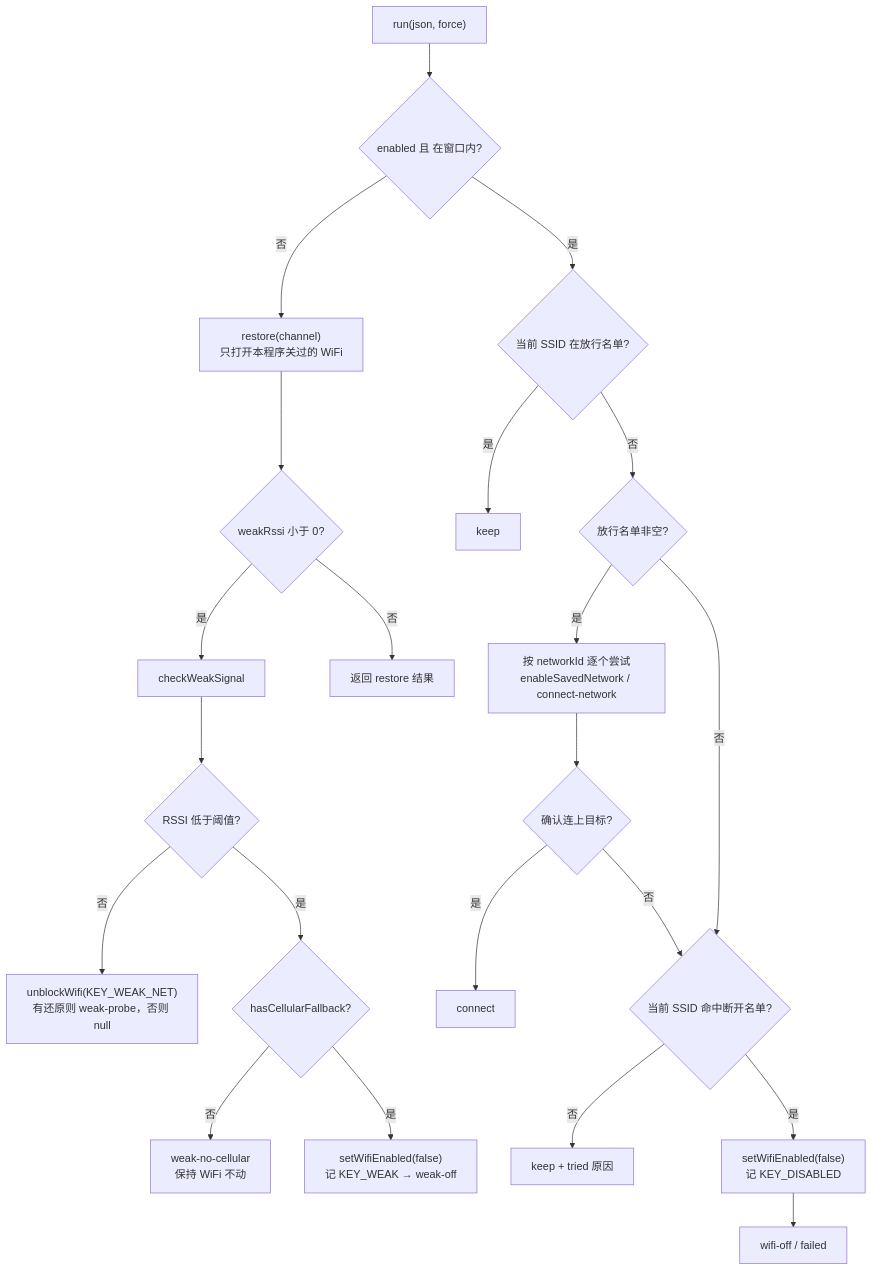
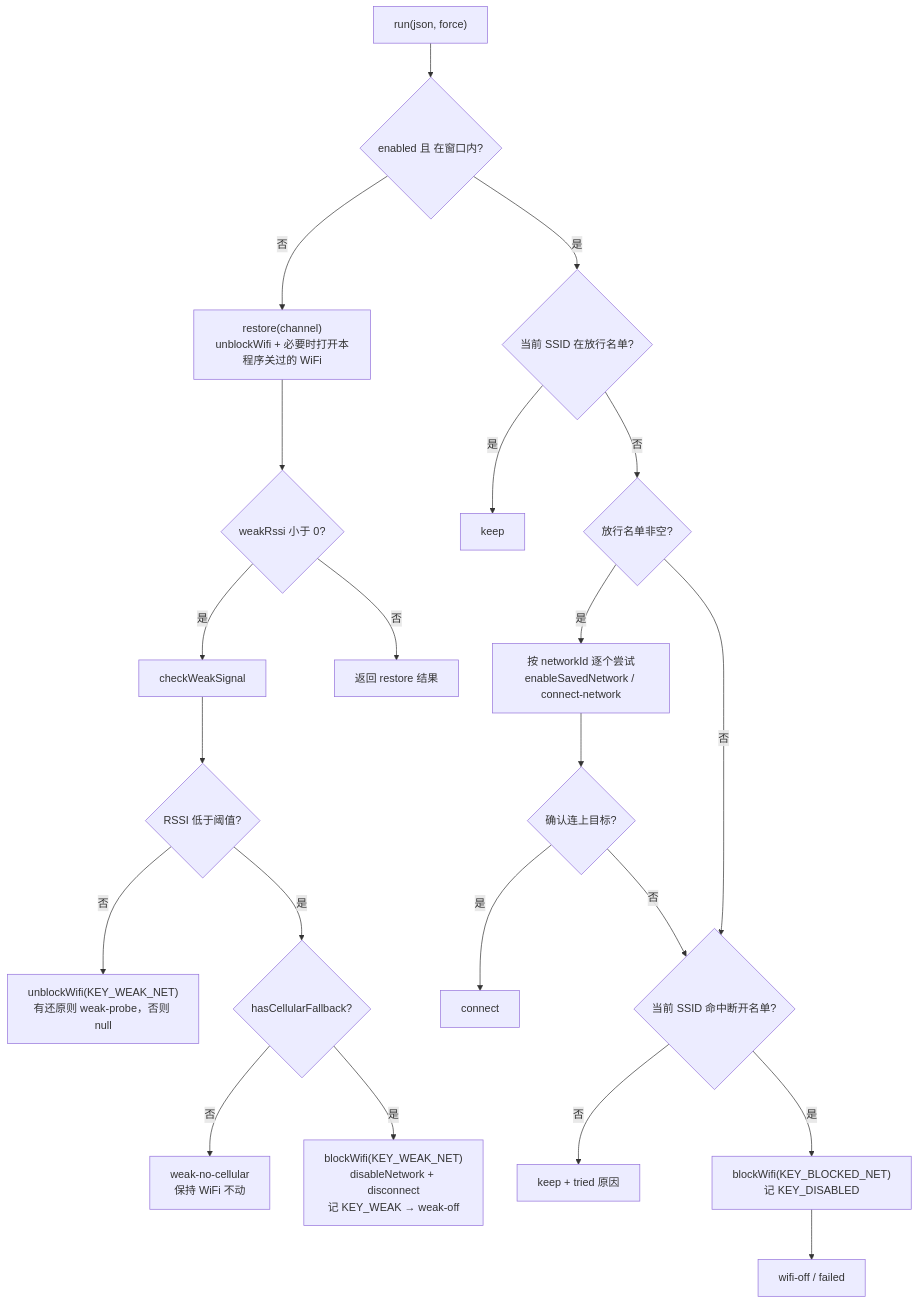
One commit to ikliml666/Wxxy-CampusLogin changed the fifth of 6 diagrams in .codewiki/modules/android-plugins-foreground-service.md. Above: the diagram before and after it, drawn with Mermaid. The commit also changed other lines of this file and 12 other files, not shown here.

````diff
--- a/.codewiki/modules/android-plugins-foreground-service.md
+++ b/.codewiki/modules/android-plugins-foreground-service.md
@@ -284,24 +284,24 @@
 ```mermaid
 flowchart TD
     A["run(json, force)"] --> B{"enabled 且 在窗口内?"}
-    B -->|否| C["restore(channel)<br/>只打开本程序关过的 WiFi"]
+    B -->|否| C["restore(channel)<br/>unblockWifi + 必要时打开本程序关过的 WiFi"]
     C --> D{"weakRssi 小于 0?"}
     D -->|是| E["checkWeakSignal"]
     E --> E1{"RSSI 低于阈值?"}
     E1 -->|否| E4["unblockWifi(KEY_WEAK_NET)<br/>有还原则 weak-probe，否则 null"]
     E1 -->|是| E5{"hasCellularFallback?"}
     E5 -->|否| E2["weak-no-cellular<br/>保持 WiFi 不动"]
-    E5 -->|是| E3["setWifiEnabled(false)<br/>记 KEY_WEAK → weak-off"]
+    E5 -->|是| E3["blockWifi(KEY_WEAK_NET)<br/>disableNetwork + disconnect<br/>记 KEY_WEAK → weak-off"]
     D -->|否| F["返回 restore 结果"]
     B -->|是| G{"当前 SSID 在放行名单?"}
     G -->|是| H["keep"]
     G -->|否| I{"放行名单非空?"}
     I -->|是| J["按 networkId 逐个尝试<br/>enableSavedNetwork / connect-network"]
     J --> K{"确认连上目标?"}
     K -->|是| L["connect"]
     K -->|否| M{"当前 SSID 命中断开名单?"}
     I -->|否| M
     M -->|否| N["keep + tried 原因"]
-    M -->|是| O["setWifiEnabled(false)<br/>记 KEY_DISABLED"]
+    M -->|是| O["blockWifi(KEY_BLOCKED_NET)<br/>记 KEY_DISABLED"]
     O --> P["wifi-off / failed"]
 ```
````
